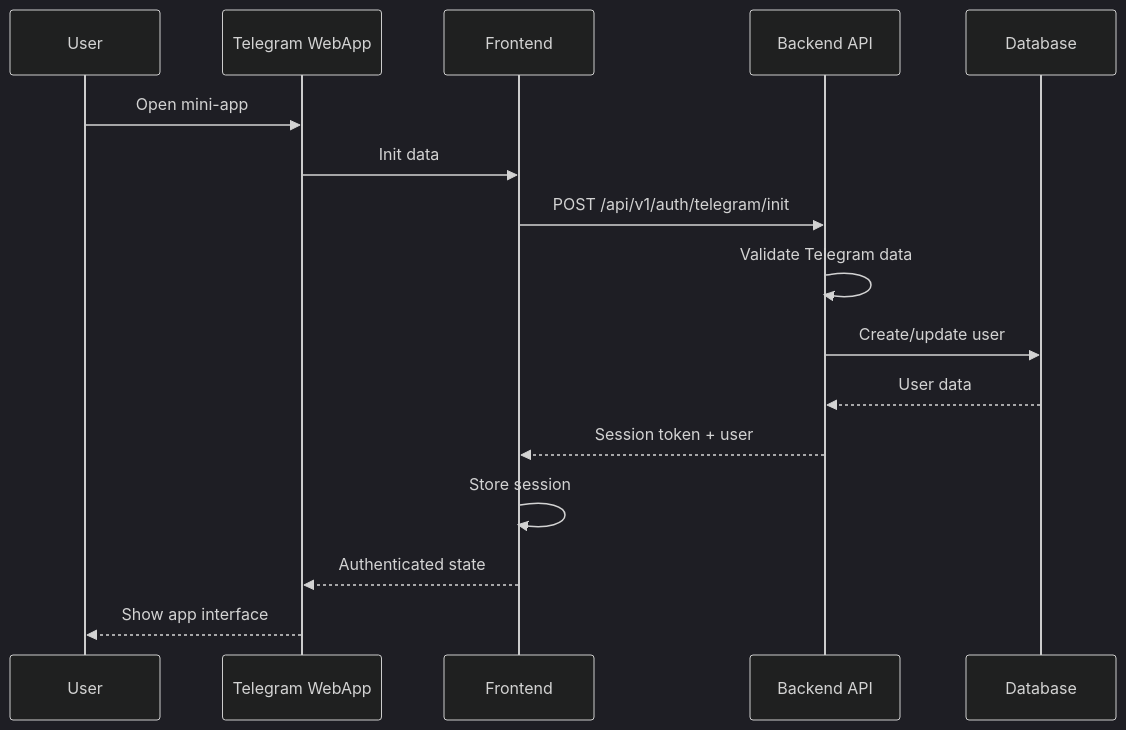
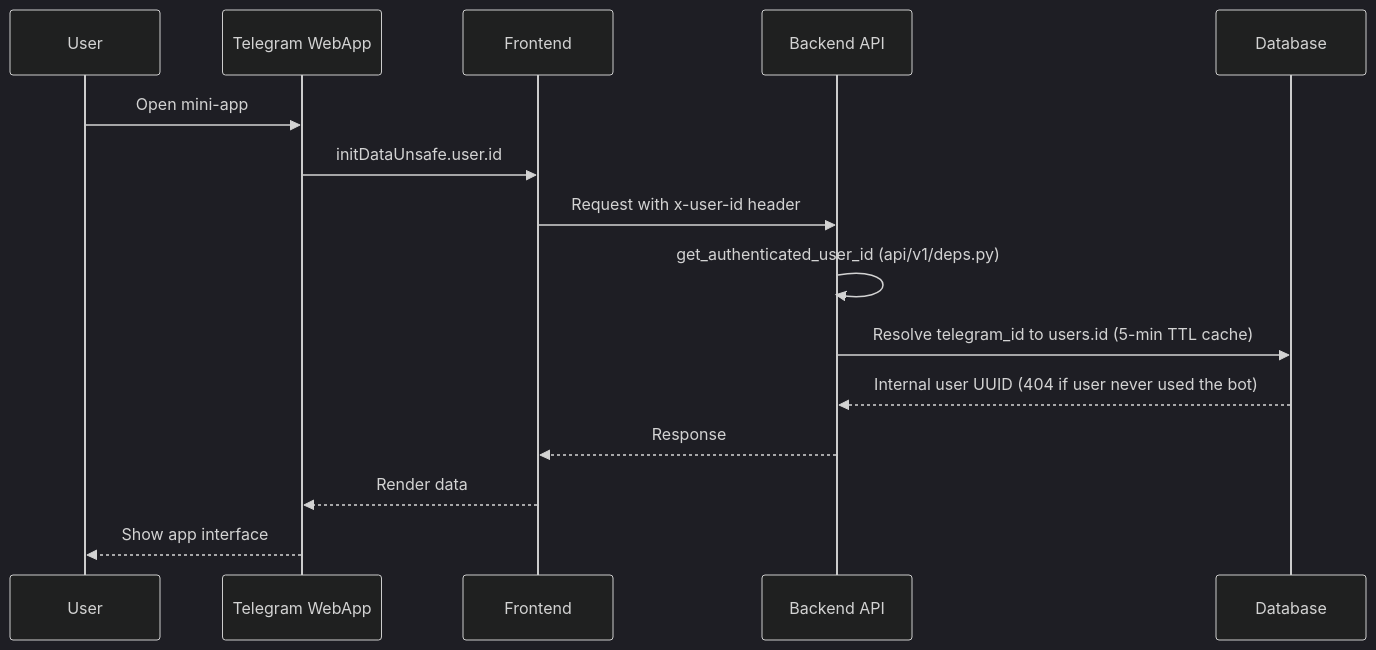
The sixth of 14 diagrams in docs/ARCHITECTURE.md (gofrolist/calorie-track-ai-bot-api), drawn with Mermaid (dark theme) before and after one commit. The commit also changed other lines of this file and 49 other files, not shown here.

First line of the commit message:
docs: align documentation with current code and architecture

````diff
--- a/docs/ARCHITECTURE.md
+++ b/docs/ARCHITECTURE.md
@@ -396,19 +400,18 @@
 ```mermaid
 sequenceDiagram
     participant U as User
     participant WA as Telegram WebApp
     participant FE as Frontend
     participant API as Backend API
     participant DB as Database
 
     U->>WA: Open mini-app
-    WA->>FE: Init data
-    FE->>API: POST /api/v1/auth/telegram/init
-    API->>API: Validate Telegram data
-    API->>DB: Create/update user
-    DB-->>API: User data
-    API-->>FE: Session token + user
-    FE->>FE: Store session
-    FE-->>WA: Authenticated state
+    WA->>FE: initDataUnsafe.user.id
+    FE->>API: Request with x-user-id header
+    API->>API: get_authenticated_user_id (api/v1/deps.py)
+    API->>DB: Resolve telegram_id to users.id (5-min TTL cache)
+    DB-->>API: Internal user UUID (404 if user never used the bot)
+    API-->>FE: Response
+    FE-->>WA: Render data
     WA-->>U: Show app interface
 ```
````
